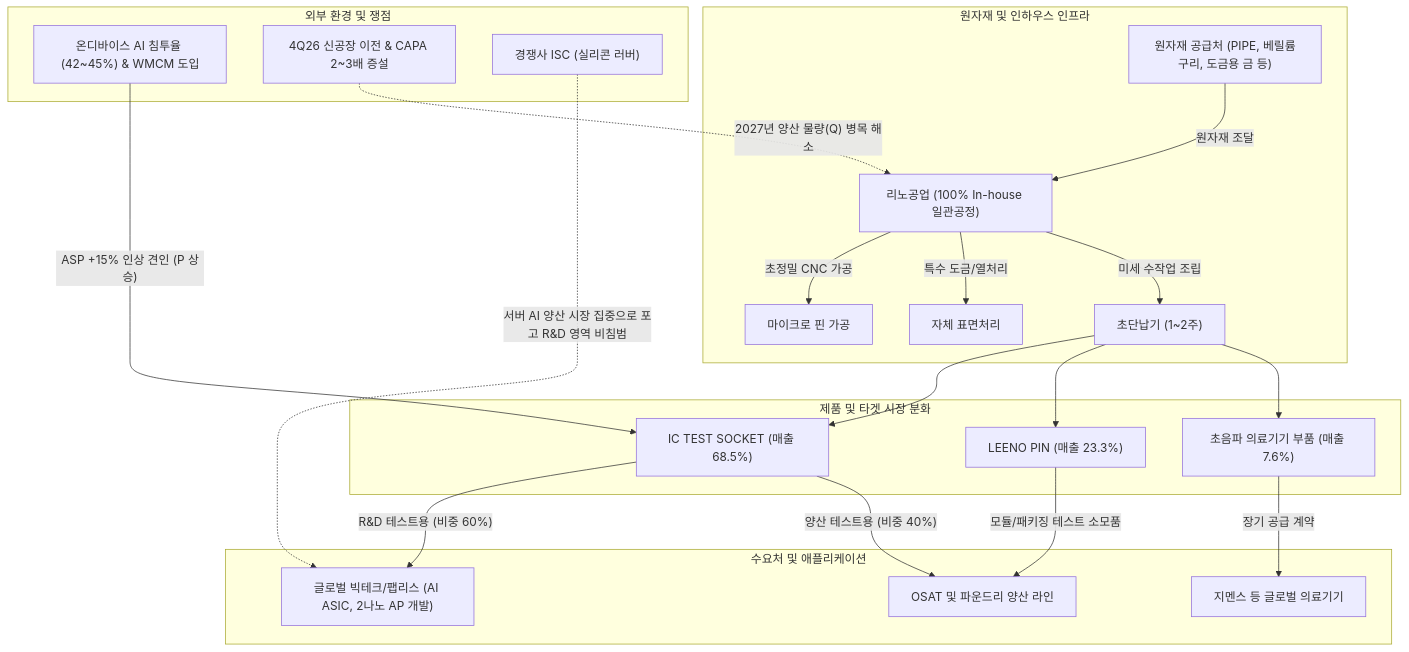
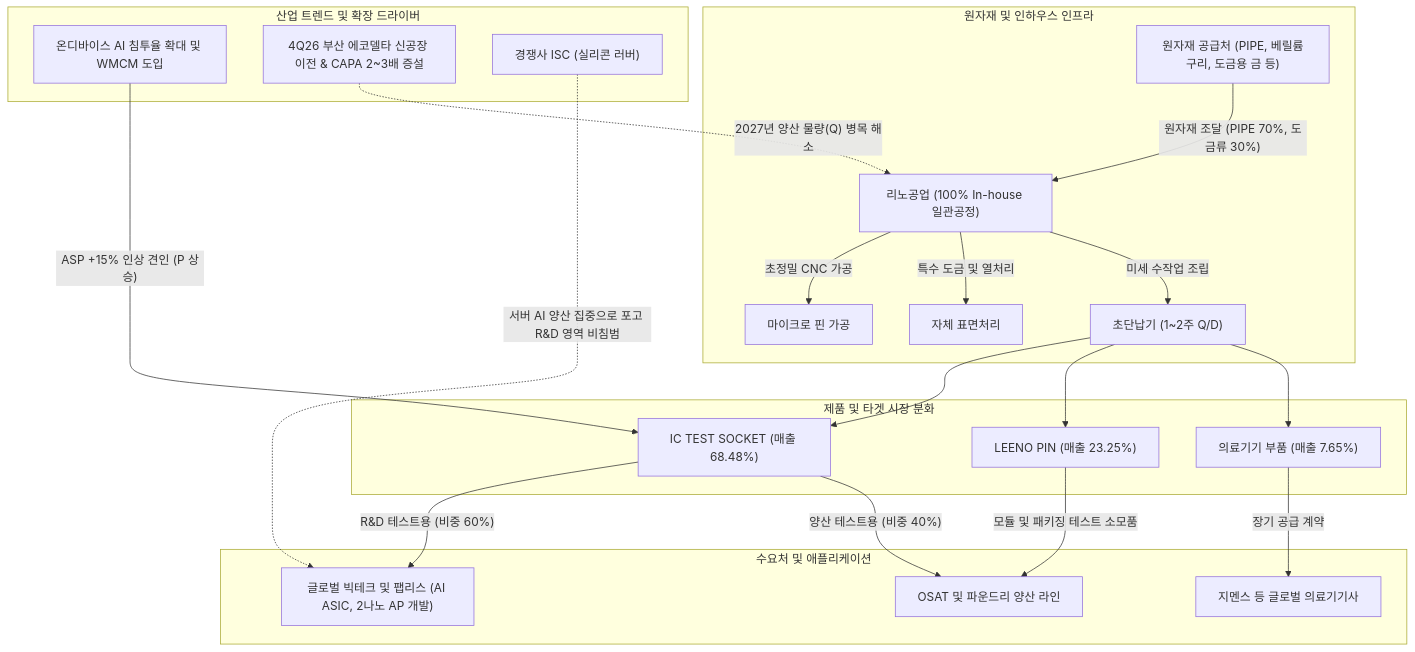
The diagram in Stock_Research/리노공업/3_Final_Reports/Phase1_Report.md (eve830521-cmd/my-skill), drawn with Mermaid before and after one commit. The commit also changed other lines of this file and 37 other files, not shown here.

````diff
--- a/Stock_Research/리노공업/3_Final_Reports/Phase1_Report.md
+++ b/Stock_Research/리노공업/3_Final_Reports/Phase1_Report.md
@@ -23,28 +24,28 @@
 ```mermaid
 flowchart TD
     subgraph 원자재 및 인하우스 인프라
-        A["원자재 공급처 (PIPE, 베릴륨구리, 도금용 금 등)"] -->|"원자재 조달"| B["리노공업 (100% In-house 일관공정)"]
+        A["원자재 공급처 (PIPE, 베릴륨구리, 도금용 금 등)"] -->|"원자재 조달 (PIPE 70%, 도금류 30%)"| B["리노공업 (100% In-house 일관공정)"]
         B -->|"초정밀 CNC 가공"| B1["마이크로 핀 가공"]
-        B -->|"특수 도금/열처리"| B2["자체 표면처리"]
-        B -->|"미세 수작업 조립"| B3["초단납기 (1~2주)"]
+        B -->|"특수 도금 및 열처리"| B2["자체 표면처리"]
+        B -->|"미세 수작업 조립"| B3["초단납기 (1~2주 Q/D)"]
     end
 
     subgraph 제품 및 타겟 시장 분화
-        B3 --> C1["IC TEST SOCKET (매출 68.5%)"]
-        B3 --> C2["LEENO PIN (매출 23.3%)"]
-        B3 --> C3["초음파 의료기기 부품 (매출 7.6%)"]
+        B3 --> C1["IC TEST SOCKET (매출 68.48%)"]
+        B3 --> C2["LEENO PIN (매출 23.25%)"]
+        B3 --> C3["의료기기 부품 (매출 7.65%)"]
     end
 
     subgraph 수요처 및 애플리케이션
-        C1 -->|"R&D 테스트용 (비중 60%)"| D1["글로벌 빅테크/팹리스 (AI ASIC, 2나노 AP 개발)"]
+        C1 -->|"R&D 테스트용 (비중 60%)"| D1["글로벌 빅테크 및 팹리스 (AI ASIC, 2나노 AP 개발)"]
         C1 -->|"양산 테스트용 (비중 40%)"| D2["OSAT 및 파운드리 양산 라인"]
-        C2 -->|"모듈/패키징 테스트 소모품"| D2
-        C3 -->|"장기 공급 계약"| D3["지멘스 등 글로벌 의료기기"]
+        C2 -->|"모듈 및 패키징 테스트 소모품"| D2
+        C3 -->|"장기 공급 계약"| D3["지멘스 등 글로벌 의료기기사"]
     end
 
-    subgraph 외부 환경 및 쟁점
-        E1["온디바이스 AI 침투율 (42~45%) & WMCM 도입"] -->|"ASP +15% 인상 견인 (P 상승)"| C1
-        E2["4Q26 신공장 이전 & CAPA 2~3배 증설"] -. "2027년 양산 물량(Q) 병목 해소" .-> B
-        E3["경쟁사 ISC (실리콘 러버)"] -. "서버 AI 양산 시장 집중으로 포고 R&D 영역 비침범" .-> D1
+    subgraph 산업 트렌드 및 확장 드라이버
+        E1["온디바이스 AI 침투율 확대 및 WMCM 도입"] -->|"ASP +15% 인상 견인 (P 상승)"| C1
+        E2["4Q26 부산 에코델타 신공장 이전 & CAPA 2~3배 증설"] -. "2027년 양산 물량(Q) 병목 해소" .-> B
+        E3["경쟁사 ISC (실리콘 러버)"] -. "서버 AI 양산 집중으로 포고 R&D 영역 비침범" .-> D1
     end
 ```
````
